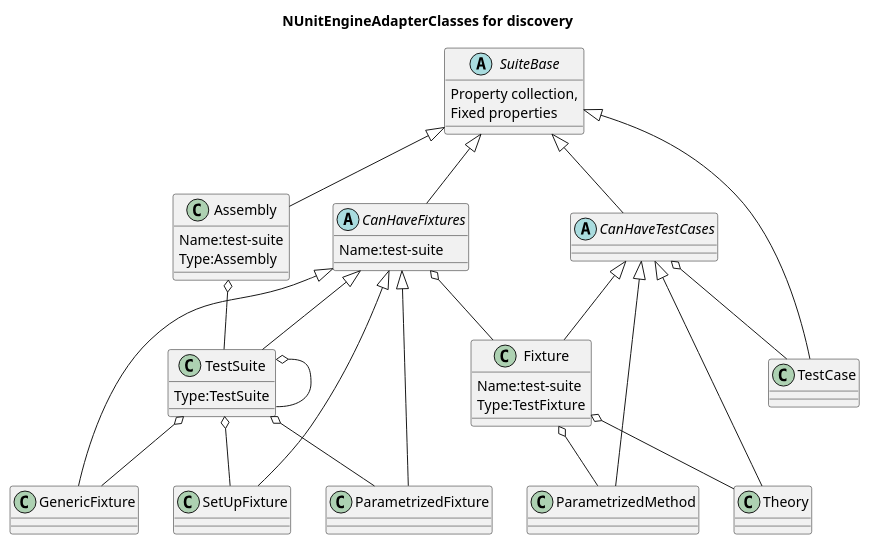
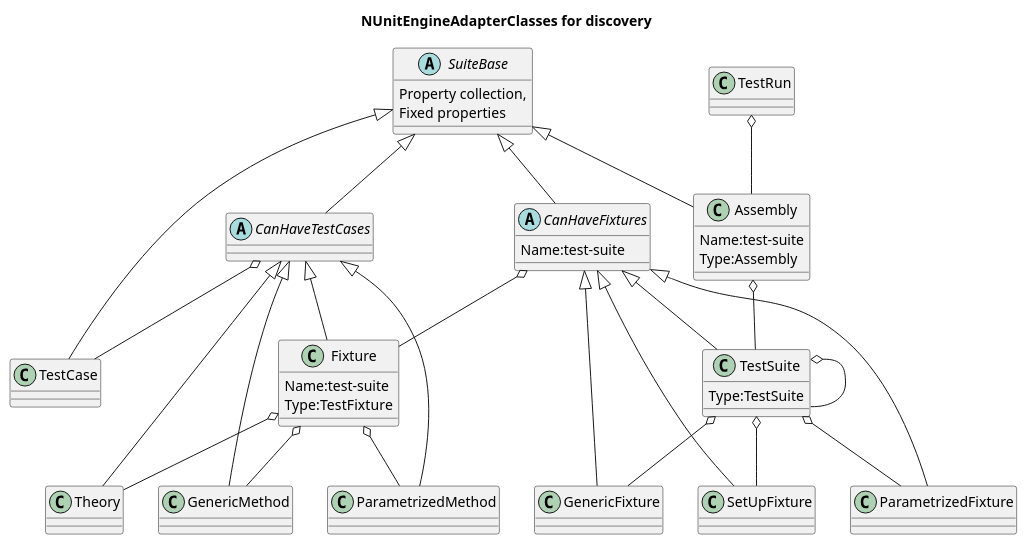
The diagram in src/NUnitTestAdapter/NUnitEngine/EngineAdapterClasses.plantuml (nunit/nunit3-vs-adapter), drawn with PlantUML before and after one commit. The commit also changed 7 other files, not shown here.

```diff
--- a/src/NUnitTestAdapter/NUnitEngine/EngineAdapterClasses.plantuml
+++ b/src/NUnitTestAdapter/NUnitEngine/EngineAdapterClasses.plantuml
@@ -1,55 +1,58 @@
 @startuml
 title NUnitEngineAdapterClasses for discovery
    CanHaveFixtures <|-- TestSuite
    SuiteBase <|-- CanHaveTestCases
    SuiteBase <|-- CanHaveFixtures
    CanHaveTestCases <|-- Fixture
    SuiteBase <|-- TestCase
    CanHaveTestCases <|-- ParametrizedMethod
    CanHaveFixtures <|-- GenericFixture
    CanHaveFixtures <|-- SetUpFixture
    CanHaveTestCases <|-- Theory
    TestSuite o-- GenericFixture
    TestSuite o-- TestSuite
    Fixture o-- ParametrizedMethod
    CanHaveTestCases o-- TestCase
    CanHaveFixtures o-- Fixture
    CanHaveFixtures <|-- ParametrizedFixture
    TestSuite o-- ParametrizedFixture
    TestSuite o-- SetUpFixture
    SuiteBase <|-- Assembly
    Assembly o-- TestSuite
    Fixture o-- Theory
+   Fixture o-- GenericMethod
+   CanHaveTestCases <|-- GenericMethod
+   TestRun o-- Assembly
    
 abstract class SuiteBase {
    Property collection,
    Fixed properties
 }
 
 abstract class CanHaveTestCases {
    
 
 }
 
 abstract class CanHaveFixtures {
    Name:test-suite
 }
 
 class Assembly
 {
    Name:test-suite
    Type:Assembly
 }
 
 class TestSuite{
    Type:TestSuite
 }
 
 class Fixture{
    Name:test-suite
    Type:TestFixture
 }
 
 
    
 @enduml
```
